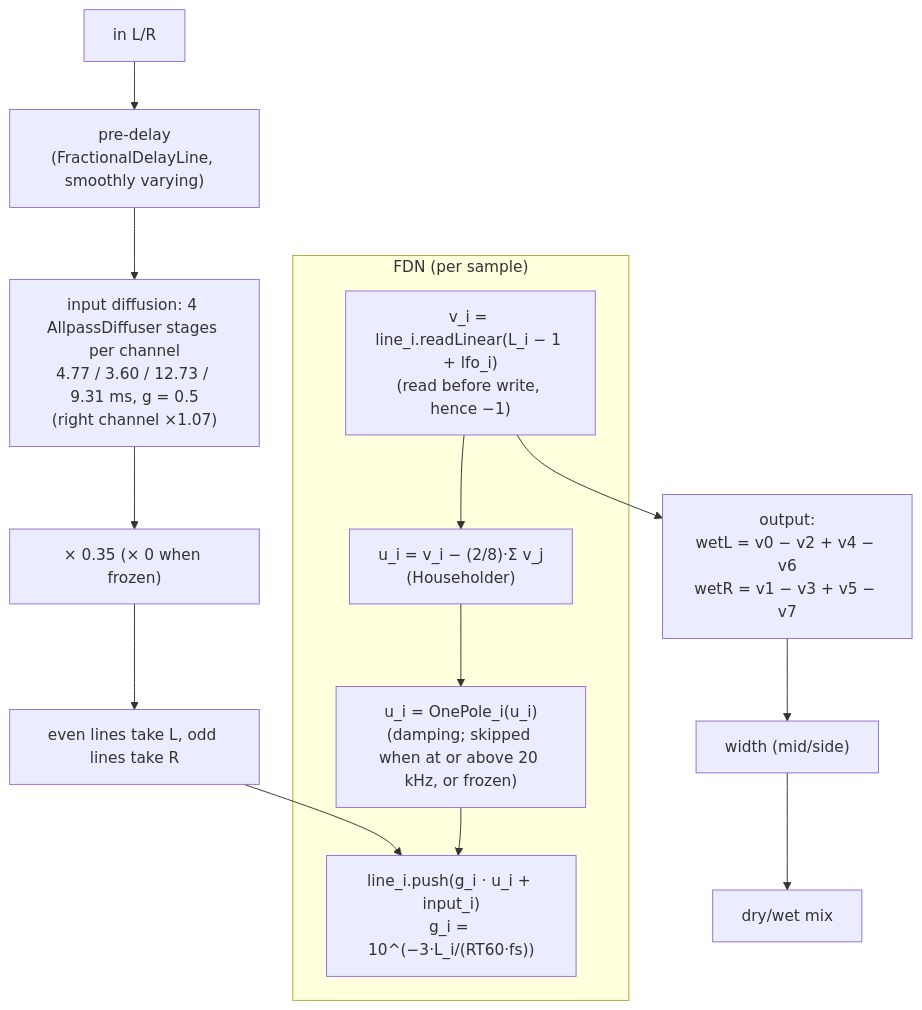
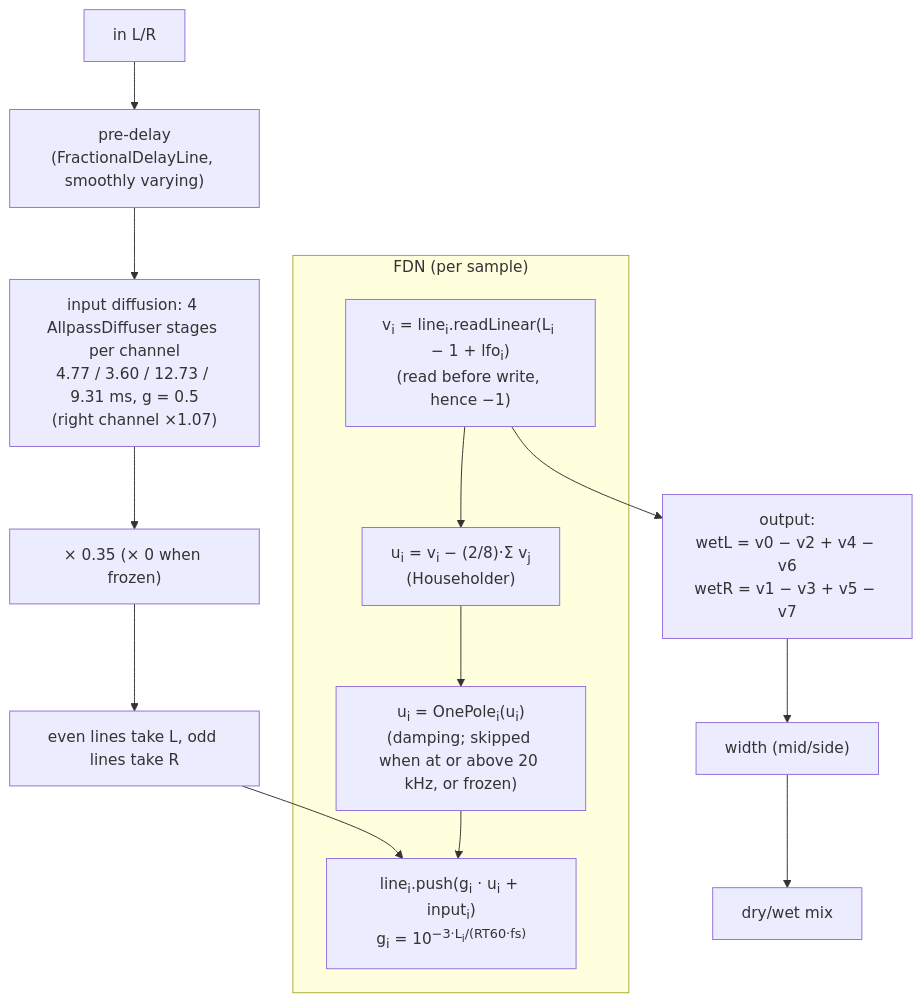
Before and after one commit to TomHsieh300/DAW-for-fun: diagram 11 of 11 in lessons/12-reverb/README.md, drawn with Mermaid. The commit also changed other lines of this file and 19 other files, not shown here.

First line of the commit message:
lessons: typeset subscripts and superscripts in Mermaid labels

````diff
--- a/lessons/12-reverb/README.md
+++ b/lessons/12-reverb/README.md
@@ -579,17 +579,17 @@
 ```mermaid
 flowchart TD
     IN["in L/R"] --> PD["pre-delay<br/>(FractionalDelayLine, smoothly varying)"]
     PD --> DF["input diffusion: 4 AllpassDiffuser stages per channel<br/>4.77 / 3.60 / 12.73 / 9.31 ms, g = 0.5<br/>(right channel ×1.07)"]
     DF --> GN["× 0.35 (× 0 when frozen)"]
     GN --> RT["even lines take L, odd lines take R"]
     subgraph FDN["FDN (per sample)"]
-        R1["v_i = line_i.readLinear(L_i − 1 + lfo_i)<br/>(read before write, hence −1)"]
-        R2["u_i = v_i − (2/8)·Σ v_j<br/>(Householder)"]
-        R3["u_i = OnePole_i(u_i)<br/>(damping; skipped when at or above 20 kHz, or frozen)"]
-        R4["line_i.push(g_i · u_i + input_i)<br/>g_i = 10^(−3·L_i/(RT60·fs))"]
+        R1["v<sub>i</sub> = line<sub>i</sub>.readLinear(L<sub>i</sub> − 1 + lfo<sub>i</sub>)<br/>(read before write, hence −1)"]
+        R2["u<sub>i</sub> = v<sub>i</sub> − (2/8)·Σ v<sub>j</sub><br/>(Householder)"]
+        R3["u<sub>i</sub> = OnePole<sub>i</sub>(u<sub>i</sub>)<br/>(damping; skipped when at or above 20 kHz, or frozen)"]
+        R4["line<sub>i</sub>.push(g<sub>i</sub> · u<sub>i</sub> + input<sub>i</sub>)<br/>g<sub>i</sub> = 10<sup>−3·L<sub>i</sub>/(RT60·fs)</sup>"]
         R1 --> R2 --> R3 --> R4
     end
     RT --> R4
     R1 --> OUT["output:<br/>wetL = v0 − v2 + v4 − v6<br/>wetR = v1 − v3 + v5 − v7"]
     OUT --> W["width (mid/side)"] --> MIX["dry/wet mix"]
 ```
````
